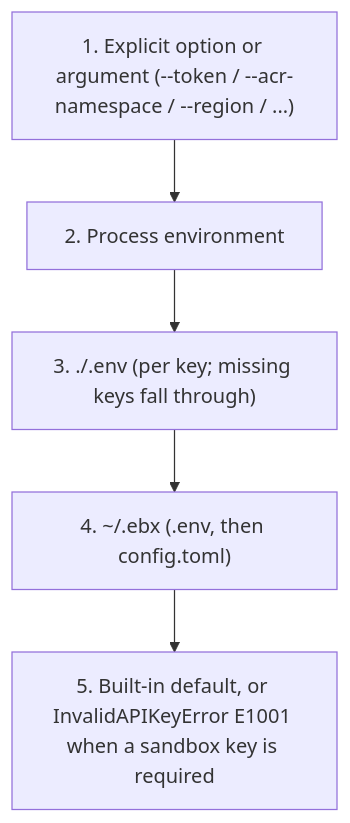
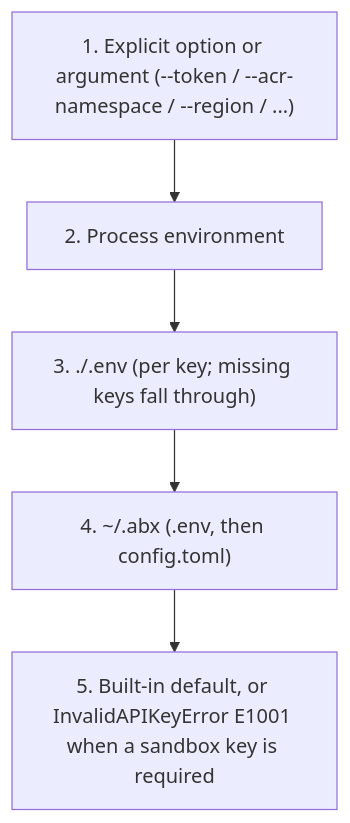
Before and after one commit to Alibaba-Agent-Sandbox/agent-sandbox: the diagram in docs/en/guide/authentication.md, drawn with Mermaid. The commit also changed other lines of this file and 644 other files, not shown here.

````diff
--- a/docs/en/guide/authentication.md
+++ b/docs/en/guide/authentication.md
@@ -109,7 +109,7 @@
 ```mermaid
 flowchart TD
     A["1. Explicit option or argument (--token / --acr-namespace / --region / ...)"] --> B["2. Process environment"]
     B --> C["3. ./.env (per key; missing keys fall through)"]
-    C --> D["4. ~/.ebx (.env, then config.toml)"]
+    C --> D["4. ~/.abx (.env, then config.toml)"]
     D --> E["5. Built-in default, or InvalidAPIKeyError E1001 when a sandbox key is required"]
 ```
````
